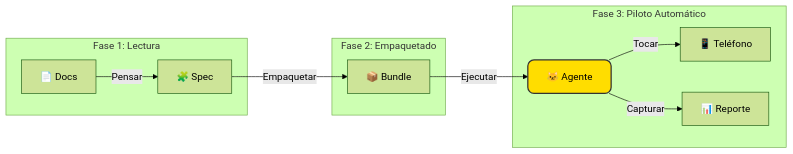
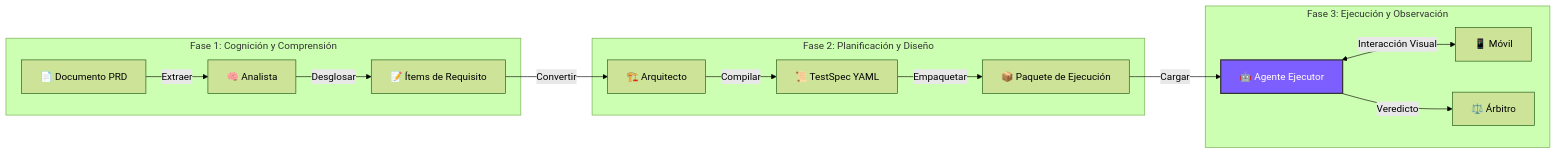
The diagram in README.es.md (Yell0wMe/TesterAgent), drawn with Mermaid (forest theme) before and after one commit. The commit also changed other lines of this file and 13 other files, not shown here.

````diff
--- a/README.es.md
+++ b/README.es.md
@@ -67,18 +63,21 @@
 ```mermaid
 graph LR
-    subgraph "Fase 1: Lectura"
-    Doc[📄 Docs] -->|Pensar| Build[🧩 Spec]
+    subgraph "Fase 1: Cognición y Comprensión"
+    Doc[📄 Documento PRD] -->|Extraer| Miner[🧠 Analista]
+    Miner -->|Desglosar| Reqs[📝 Ítems de Requisito]
     end
 
-    subgraph "Fase 2: Empaquetado"
-    Build -->|Empaquetar| Bundle[📦 Bundle]
+    subgraph "Fase 2: Planificación y Diseño"
+    Reqs -->|Convertir| Synthesizer[🏗️ Arquitecto]
+    Synthesizer -->|Compilar| Spec[📜 TestSpec YAML]
+    Spec -->|Empaquetar| Bundle[📦 Paquete de Ejecución]
     end
 
-    subgraph "Fase 3: Piloto Automático"
-    Bundle -->|Ejecutar| Cat[🐱 Agente]
-    Cat -->|Tocar| Phone[📱 Teléfono]
-    Cat -->|Capturar| Report[📊 Reporte]
+    subgraph "Fase 3: Ejecución y Observación"
+    Bundle -->|Cargar| Runner[🤖 Agente Ejecutor]
+    Runner <-->|Interacción Visual| Phone[📱 Móvil]
+    Runner -->|Veredicto| Judge[⚖️ Árbitro]
     end
 
-    style Cat fill:#ffdd00,stroke:#333,stroke-width:2px,rx:10,ry:10
+    style Runner fill:#7d5fff,stroke:#333,stroke-width:2px,color:white
 ```
````
